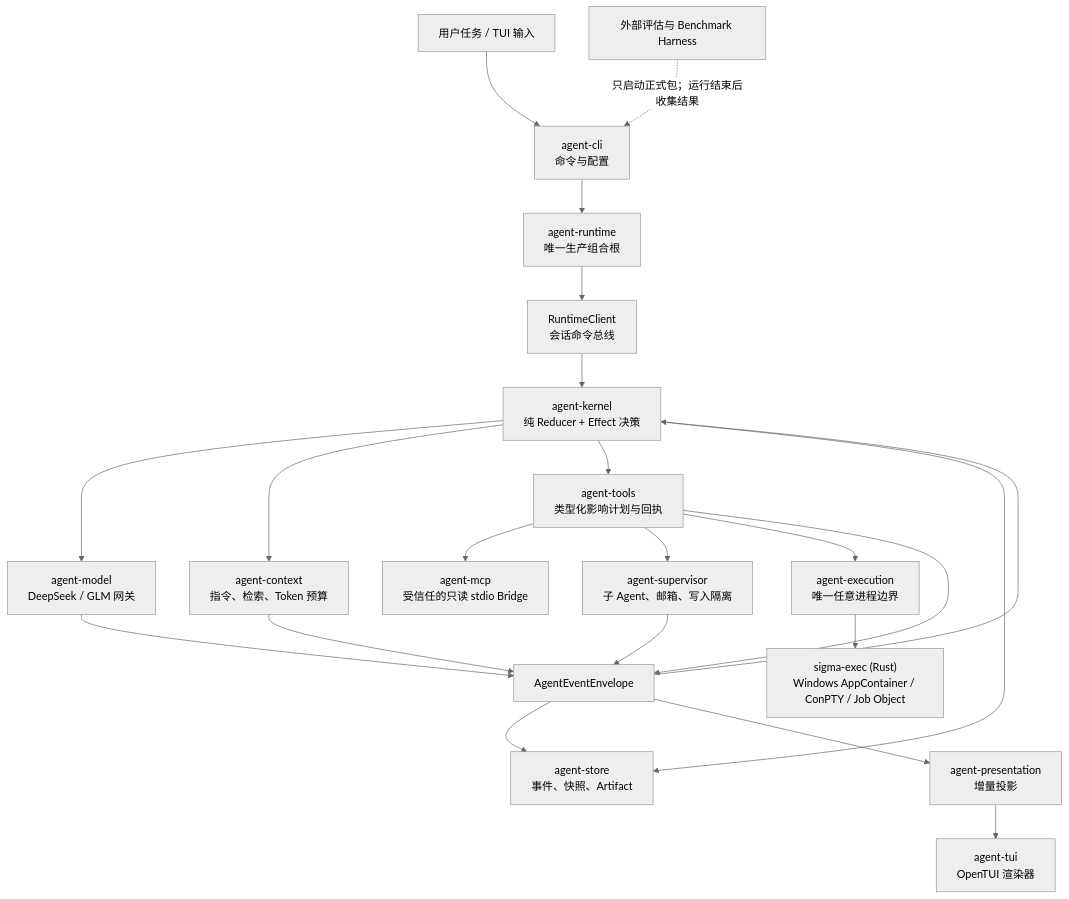
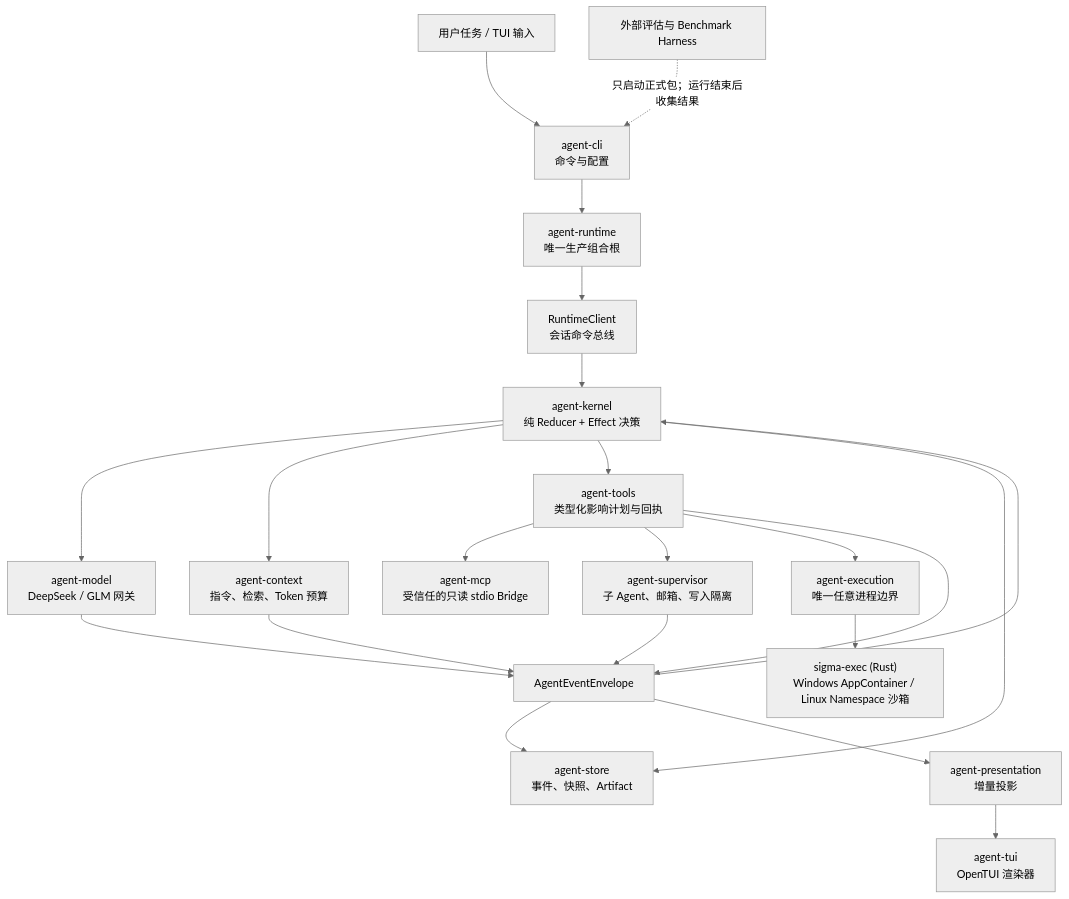
Before and after one commit to hututuQQQ/sigma: the diagram in README.zh-CN.md, drawn with Mermaid (neutral theme). The commit also changed other lines of this file and 191 other files, not shown here.

````diff
--- a/README.zh-CN.md
+++ b/README.zh-CN.md
@@ -107,28 +107,28 @@
 ```mermaid
 flowchart TB
   USER["用户任务 / TUI 输入"] --> CLI["agent-cli<br/>命令与配置"]
   CLI --> ROOT["agent-runtime<br/>唯一生产组合根"]
   ROOT --> CLIENT["RuntimeClient<br/>会话命令总线"]
   CLIENT --> KERNEL["agent-kernel<br/>纯 Reducer + Effect 决策"]
 
   KERNEL --> MODEL["agent-model<br/>DeepSeek / GLM 网关"]
   KERNEL --> CONTEXT["agent-context<br/>指令、检索、Token 预算"]
   KERNEL --> TOOLS["agent-tools<br/>类型化影响计划与回执"]
   KERNEL --> STORE["agent-store<br/>事件、快照、Artifact"]
 
   TOOLS --> MCP["agent-mcp<br/>受信任的只读 stdio Bridge"]
   TOOLS --> SUP["agent-supervisor<br/>子 Agent、邮箱、写入隔离"]
   TOOLS --> EXEC["agent-execution<br/>唯一任意进程边界"]
-  EXEC --> NATIVE["sigma-exec (Rust)<br/>Windows AppContainer / ConPTY / Job Object"]
+  EXEC --> NATIVE["sigma-exec (Rust)<br/>Windows AppContainer / Linux Namespace 沙箱"]
 
   MODEL --> EVENTS["AgentEventEnvelope"]
   CONTEXT --> EVENTS
   TOOLS --> EVENTS
   SUP --> EVENTS
   EVENTS --> STORE
   EVENTS --> KERNEL
   EVENTS --> PRESENT["agent-presentation<br/>增量投影"]
   PRESENT --> TUI["agent-tui<br/>OpenTUI 渲染器"]
 
   EVAL["外部评估与 Benchmark Harness"] -.->|"只启动正式包；运行结束后收集结果"| CLI
 ```
````
